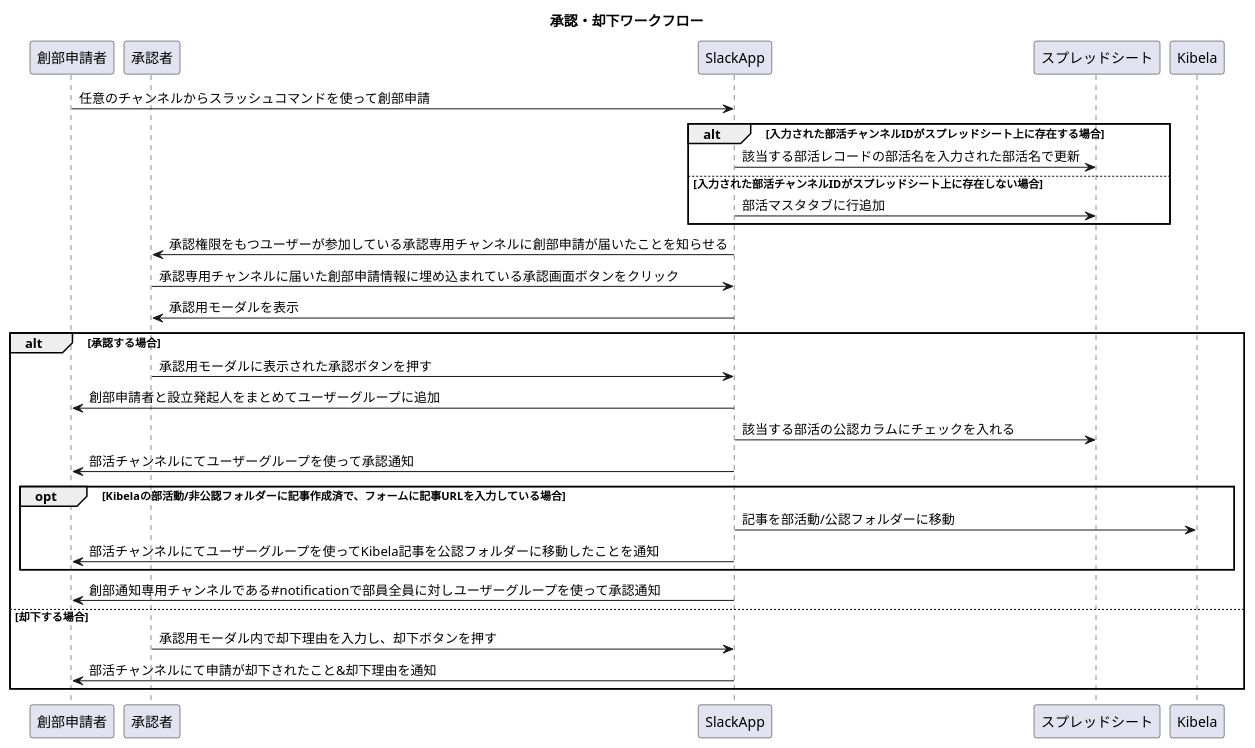
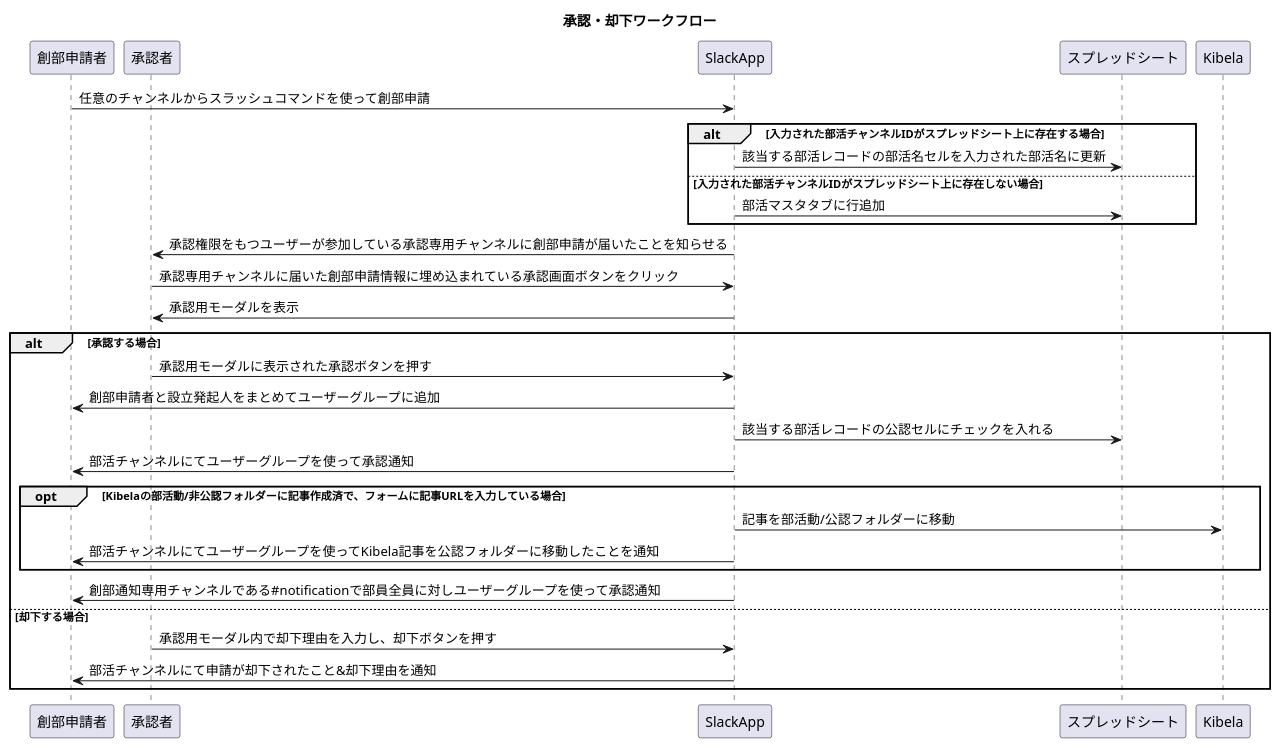
One commit to tam-bourine/club-entry-manager changed the diagram in docs/sequence-diagram/ButtonFlow.pu. Above: the diagram before and after it, drawn with PlantUML.

Commit message:
chore: 文言の修正

```diff
--- a/docs/sequence-diagram/ButtonFlow.pu
+++ b/docs/sequence-diagram/ButtonFlow.pu
@@ -1,30 +1,30 @@
 @startuml
 title 承認・却下ワークフロー
 
 participant 創部申請者
 participant 承認者
 
 創部申請者 -> SlackApp: 任意のチャンネルからスラッシュコマンドを使って創部申請
 alt 入力された部活チャンネルIDがスプレッドシート上に存在する場合
-    SlackApp -> スプレッドシート: 該当する部活レコードの部活名を入力された部活名で更新
+    SlackApp -> スプレッドシート: 該当する部活レコードの部活名セルを入力された部活名に更新
 else 入力された部活チャンネルIDがスプレッドシート上に存在しない場合
     SlackApp -> スプレッドシート: 部活マスタタブに行追加
 end
 SlackApp -> 承認者: 承認権限をもつユーザーが参加している承認専用チャンネルに創部申請が届いたことを知らせる
 承認者 -> SlackApp: 承認専用チャンネルに届いた創部申請情報に埋め込まれている承認画面ボタンをクリック
 SlackApp -> 承認者: 承認用モーダルを表示
 alt 承認する場合
     承認者 -> SlackApp: 承認用モーダルに表示された承認ボタンを押す
     SlackApp -> 創部申請者: 創部申請者と設立発起人をまとめてユーザーグループに追加
-    SlackApp -> スプレッドシート: 該当する部活の公認カラムにチェックを入れる
+    SlackApp -> スプレッドシート: 該当する部活レコードの公認セルにチェックを入れる
     SlackApp -> 創部申請者: 部活チャンネルにてユーザーグループを使って承認通知
     opt Kibelaの部活動/非公認フォルダーに記事作成済で、フォームに記事URLを入力している場合
         SlackApp -> Kibela: 記事を部活動/公認フォルダーに移動
         創部申請者 <- SlackApp: 部活チャンネルにてユーザーグループを使ってKibela記事を公認フォルダーに移動したことを通知
     end
     SlackApp -> 創部申請者: 創部通知専用チャンネルである#notificationで部員全員に対しユーザーグループを使って承認通知
 else 却下する場合
     承認者 -> SlackApp: 承認用モーダル内で却下理由を入力し、却下ボタンを押す
     SlackApp -> 創部申請者: 部活チャンネルにて申請が却下されたこと&却下理由を通知
 end
 @enduml
```
